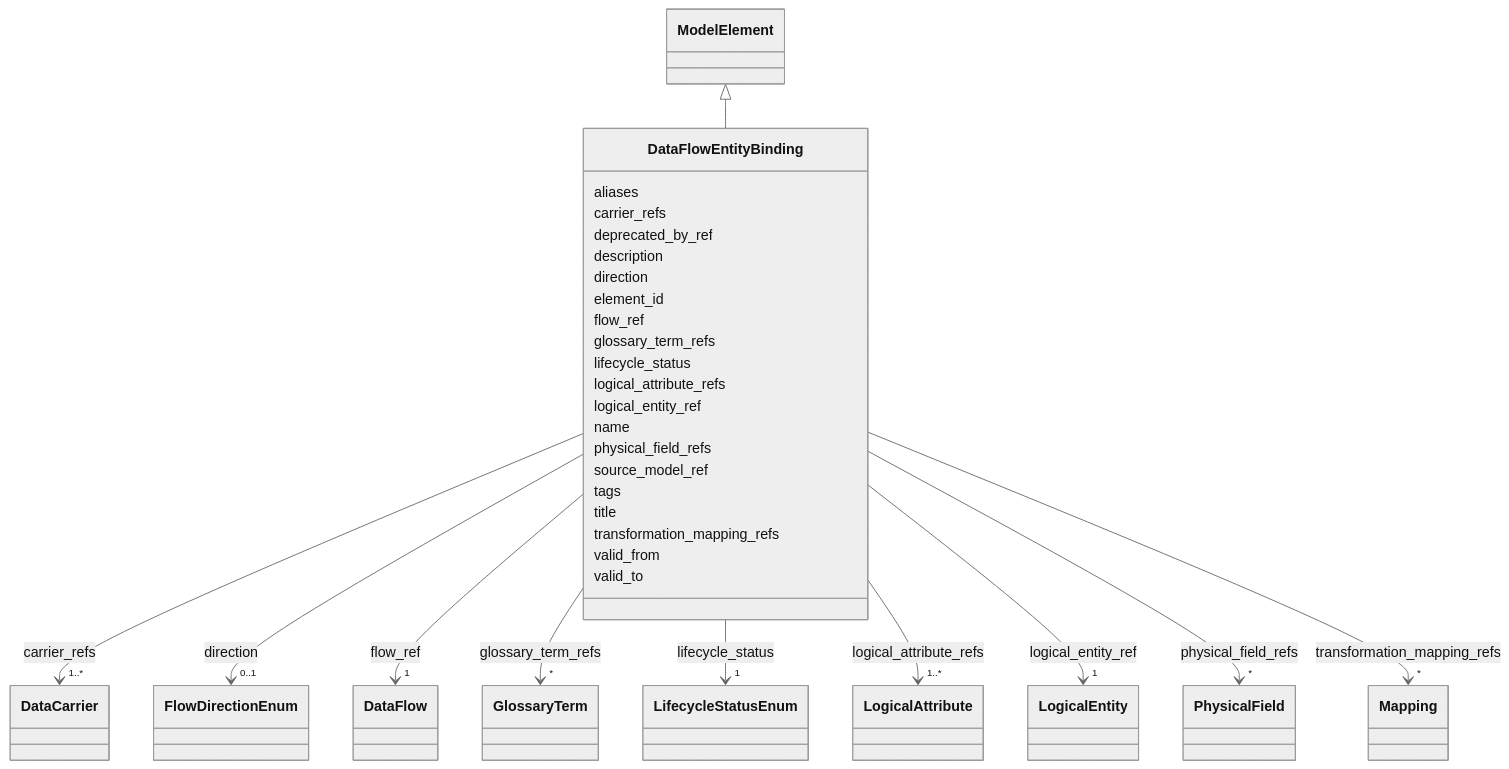
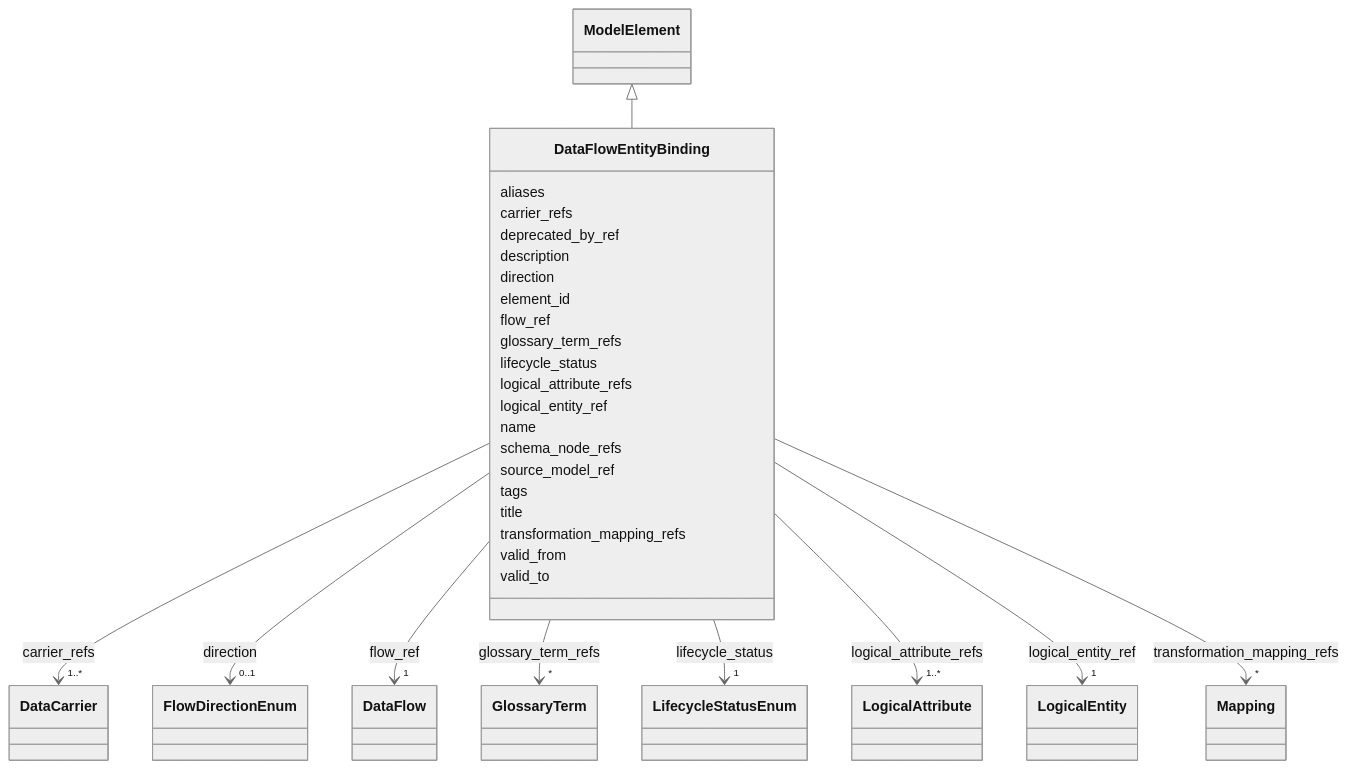
One commit to oista/moex-data-model changed the diagram in generated/artifacts/moex-dams/0.1/diagrams/DataFlowEntityBinding.md. Above: the diagram before and after it, drawn with Mermaid (neutral theme). The commit also changed 193 other files, not shown here.

First line of the commit message:
feat(dams): introduce DataStructure and SchemaNode, separate Message (#11)

```diff
--- a/generated/artifacts/moex-dams/0.1/diagrams/DataFlowEntityBinding.md
+++ b/generated/artifacts/moex-dams/0.1/diagrams/DataFlowEntityBinding.md
@@ -95,16 +95,7 @@
         
       DataFlowEntityBinding : name
         
-      DataFlowEntityBinding : physical_field_refs
-        
-          
-    
-        
-        
-        DataFlowEntityBinding --> "*" PhysicalField : physical_field_refs
-        click PhysicalField href "../PhysicalField"
-    
-
+      DataFlowEntityBinding : schema_node_refs
         
       DataFlowEntityBinding : source_model_ref
         
```
